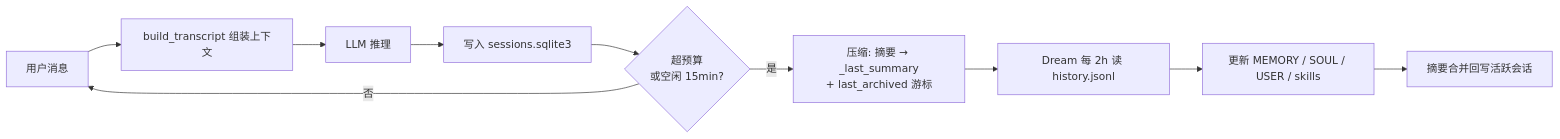
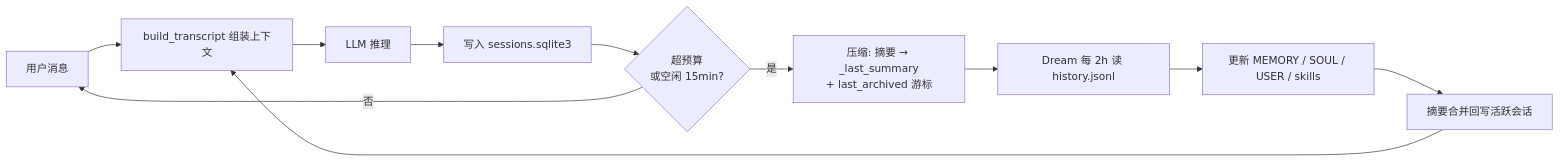
One commit to yorkhellen/yorkhellen.github.io changed the diagram in _posts/2026-11-05-nanobot-memory.md. Above: the diagram before and after it, drawn with Mermaid. The commit also changed other lines of this file, not shown here.

````diff
--- a/_posts/2026-11-05-nanobot-memory.md
+++ b/_posts/2026-11-05-nanobot-memory.md
@@ -31,12 +62,13 @@
 ```mermaid
 graph LR
     A[用户消息] --> B[build_transcript 组装上下文]
     B --> C[LLM 推理]
     C --> D[写入 sessions.sqlite3]
     D --> E{超预算<br/>或空闲 15min?}
     E -- 是 --> F[压缩: 摘要 → _last_summary<br/>+ last_archived 游标]
     E -- 否 --> A
     F --> G[Dream 每 2h 读 history.jsonl]
     G --> H[更新 MEMORY / SOUL / USER / skills]
     H --> I[摘要合并回写活跃会话]
+    I --> B
 ```
````
